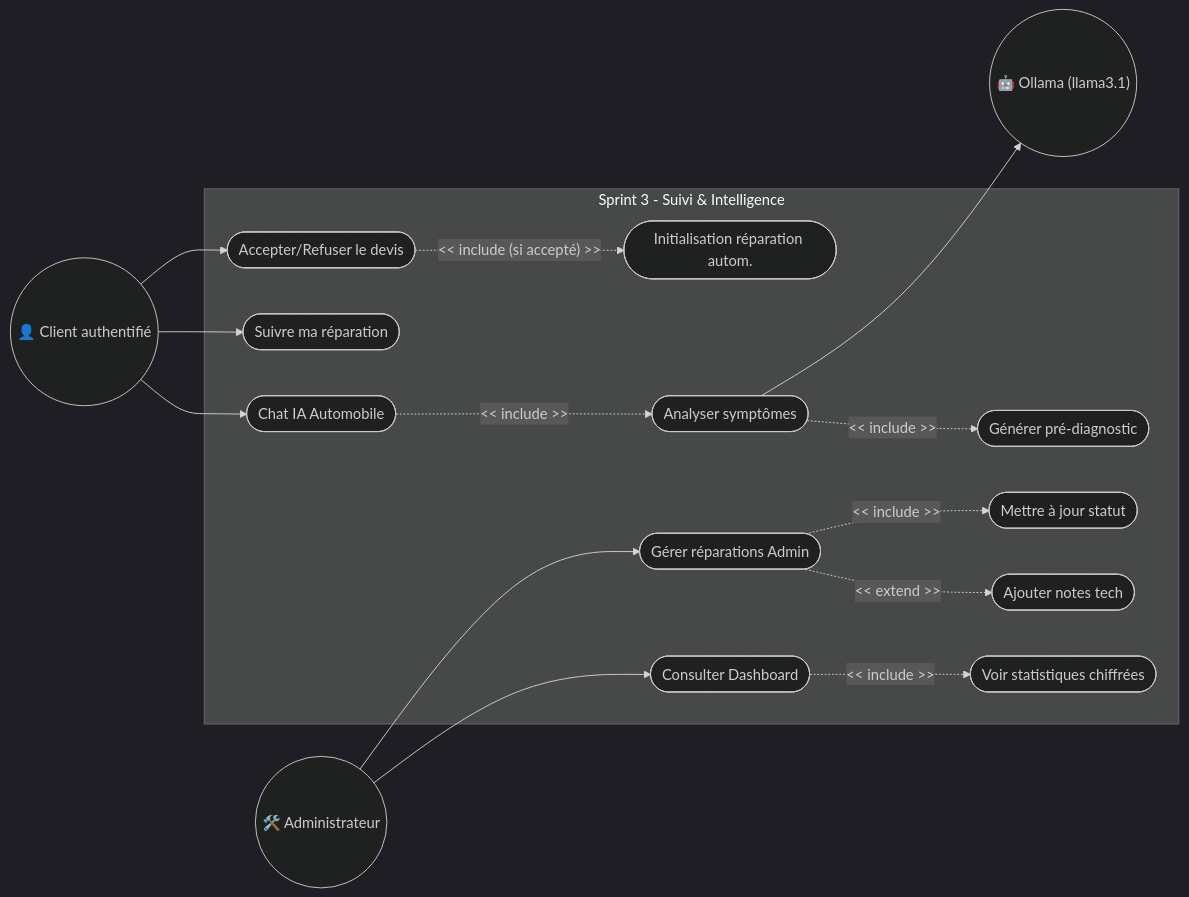
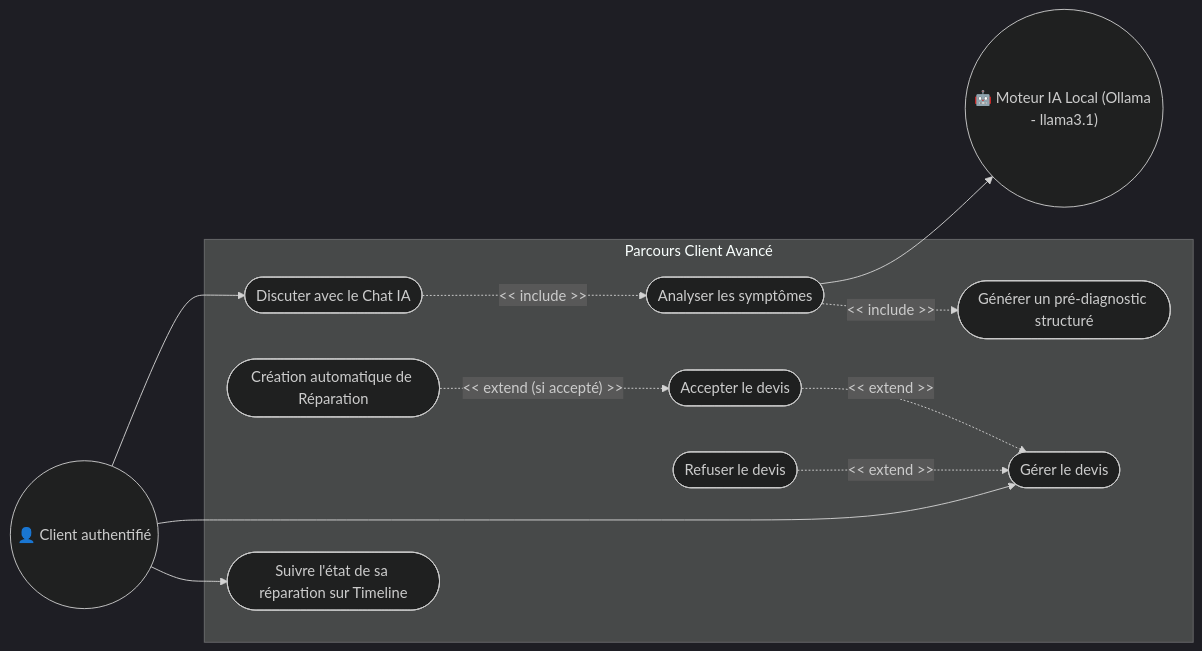
Before and after one commit to Yas-sin-e/stage: diagram 17 of 20 in CHAPITRE_3_FINAL.md, drawn with Mermaid (dark theme). The commit also changed other lines of this file and 4 other files, not shown here.

````diff
--- a/CHAPITRE_3_FINAL.md
+++ b/CHAPITRE_3_FINAL.md
@@ -571,39 +633,32 @@
 ```mermaid
 flowchart LR
     C(("👤 Client authentifié"))
-    A(("🛠️ Administrateur"))
-    IA(("🤖 Ollama (llama3.1)"))
+    IA(("🤖 Moteur IA Local (Ollama - llama3.1)"))
 
-    subgraph Sprint 3 - Suivi & Intelligence
-        UC_DV([Accepter/Refuser le devis])
-        UC_INIT([Initialisation réparation autom.])
-        UC_SUIV([Suivre ma réparation])
+    subgraph Parcours Client Avancé
+        UC_CHAT([Discuter avec le Chat IA])
+        UC_ANA([Analyser les symptômes])
+        UC_DIAG([Générer un pré-diagnostic structuré])
 
-        UC_REP([Gérer réparations Admin])
-        UC_STAT([Mettre à jour statut])
-        UC_NOT([Ajouter notes tech])
+        UC_GERER_DV([Gérer le devis])
+        UC_ACC_DV([Accepter le devis])
+        UC_REF_DV([Refuser le devis])
+        UC_INIT([Création automatique de Réparation])
 
-        UC_DASH([Consulter Dashboard])
-        UC_STATS([Voir statistiques chiffrées])
-
-        UC_CHAT([Chat IA Automobile])
-        UC_ANA([Analyser symptômes])
-        UC_DIAG([Générer pré-diagnostic])
+        UC_SUIV([Suivre l'état de sa réparation sur Timeline])
     end
 
-    C --> UC_DV
+    C --> UC_CHAT
+    C --> UC_GERER_DV
     C --> UC_SUIV
-    C --> UC_CHAT
-
-    A --> UC_REP
-    A --> UC_DASH
 
     UC_ANA --> IA
 
-    UC_DV -. "<< include (si accepté) >>" .-> UC_INIT
-    UC_REP -. "<< include >>" .-> UC_STAT
-    UC_REP -. "<< extend >>" .-> UC_NOT
-    UC_DASH -. "<< include >>" .-> UC_STATS
     UC_CHAT -. "<< include >>" .-> UC_ANA
     UC_ANA -. "<< include >>" .-> UC_DIAG
+
+    UC_ACC_DV -. "<< extend >>" .-> UC_GERER_DV
+    UC_REF_DV -. "<< extend >>" .-> UC_GERER_DV
+
+    UC_INIT -. "<< extend (si accepté) >>" .-> UC_ACC_DV
 ```
````
